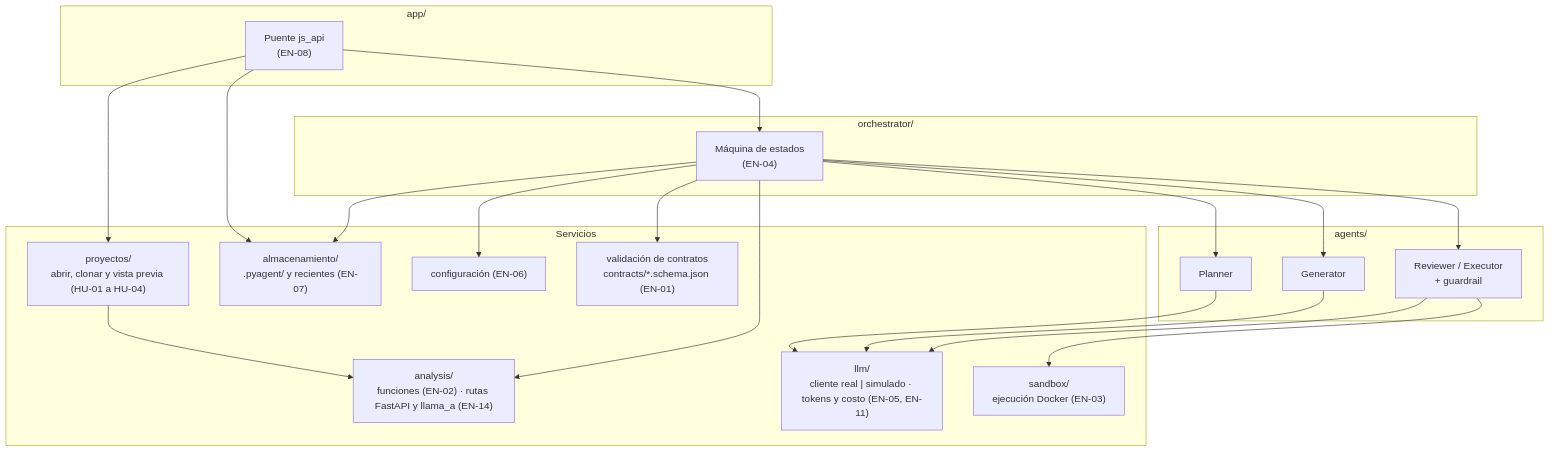
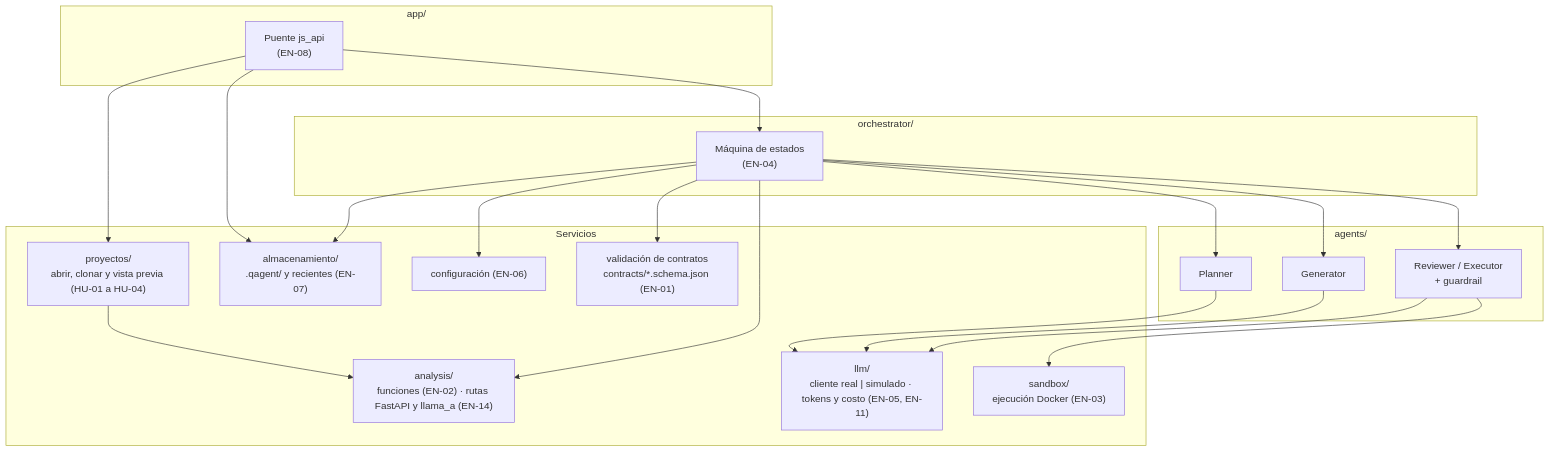
Before and after one commit to AngelOncoy/QAgent: the third of 11 diagrams in docs/arquitectura.md, drawn with Mermaid. The commit also changed other lines of this file and 6 other files, not shown here.

````diff
--- a/docs/arquitectura.md
+++ b/docs/arquitectura.md
@@ -124,31 +124,31 @@
 ```mermaid
 flowchart TB
     subgraph APPL["app/"]
         BRIDGE["Puente js_api<br/>(EN-08)"]
     end
     subgraph ORCH["orchestrator/"]
         ORQ["Máquina de estados<br/>(EN-04)"]
     end
     subgraph AGENTS["agents/"]
         PL["Planner"]
         GE["Generator"]
         RE["Reviewer / Executor<br/>+ guardrail"]
     end
     subgraph SERV["Servicios"]
         AN["analysis/<br/>funciones (EN-02) · rutas FastAPI y llama_a (EN-14)"]
         PRY["proyectos/<br/>abrir, clonar y vista previa (HU-01 a HU-04)"]
         LLM["llm/<br/>cliente real | simulado · tokens y costo (EN-05, EN-11)"]
         SBX["sandbox/<br/>ejecución Docker (EN-03)"]
-        STO["almacenamiento/<br/>.pyagent/ y recientes (EN-07)"]
+        STO["almacenamiento/<br/>.qagent/ y recientes (EN-07)"]
         CFG["configuración (EN-06)"]
         CON["validación de contratos<br/>contracts/*.schema.json (EN-01)"]
     end
 
     BRIDGE --> ORQ
     BRIDGE --> PRY & STO
     PRY --> AN
     ORQ --> PL & GE & RE
     ORQ --> AN & STO & CFG & CON
     PL & GE & RE --> LLM
     RE --> SBX
 ```
````
